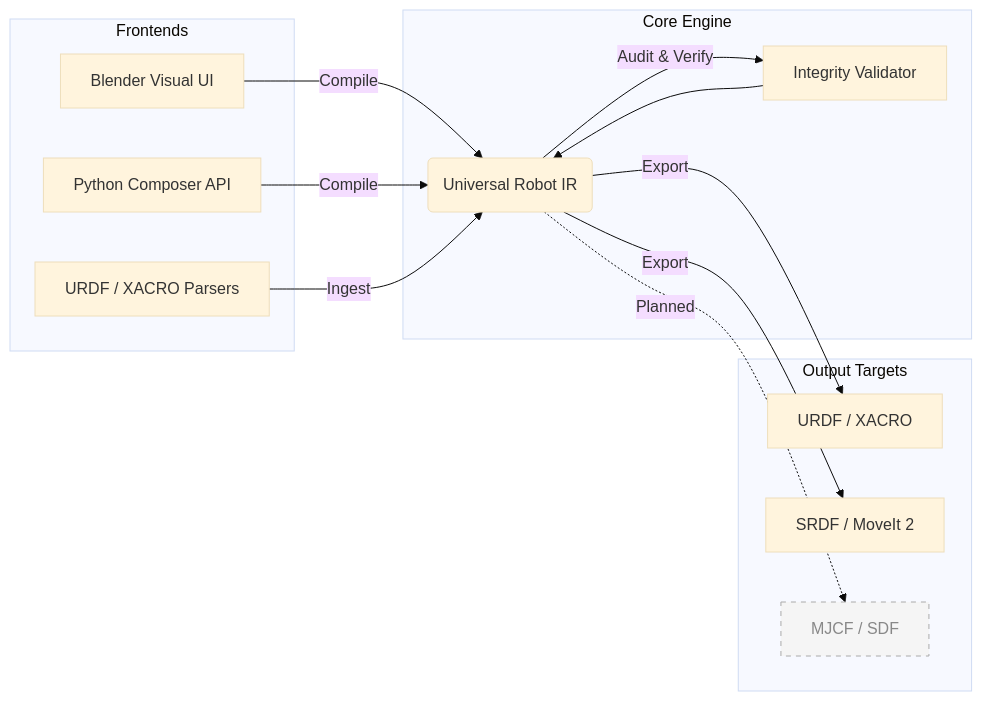
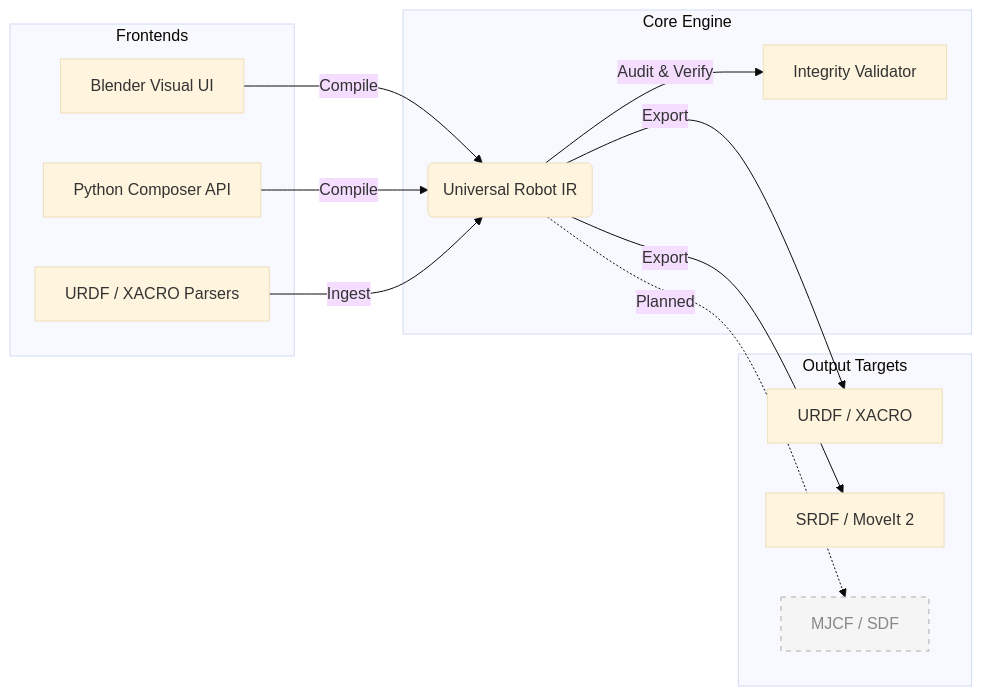
Before and after one commit to arounamounchili/linkforge: the diagram in docs/source/index.md, drawn with Mermaid (base theme).

Commit message:
docs: remove diagram back-edge to fix Mermaid layout rendering

````diff
--- a/docs/source/index.md
+++ b/docs/source/index.md
@@ -9,30 +9,29 @@
 ```{mermaid}
 graph LR
     subgraph Frontends["Frontends"]
         UI["Blender Visual UI"]
         API["Python Composer API"]
         CAD["URDF / XACRO Parsers"]
     end
 
     subgraph Core["Core Engine"]
         IR("Universal Robot IR")
         Val["Integrity Validator"]
         IR -->|Audit & Verify| Val
-        Val --> IR
     end
 
     subgraph Targets["Output Targets"]
         URDF["URDF / XACRO"]
         SRDF["SRDF / MoveIt 2"]
         Future["MJCF / SDF"]
     end
 
     UI -->|Compile| IR
     API -->|Compile| IR
     CAD -->|Ingest| IR
     IR -->|Export| URDF
     IR -->|Export| SRDF
     IR -.->|Planned| Future
 
     style Future fill:#f5f5f5,stroke:#aaa,stroke-dasharray:5,color:#888
 ```
````
